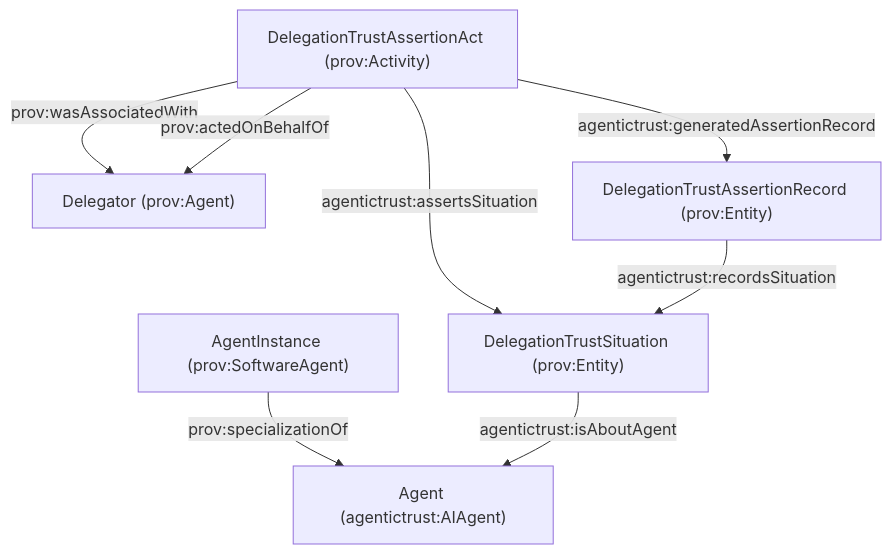
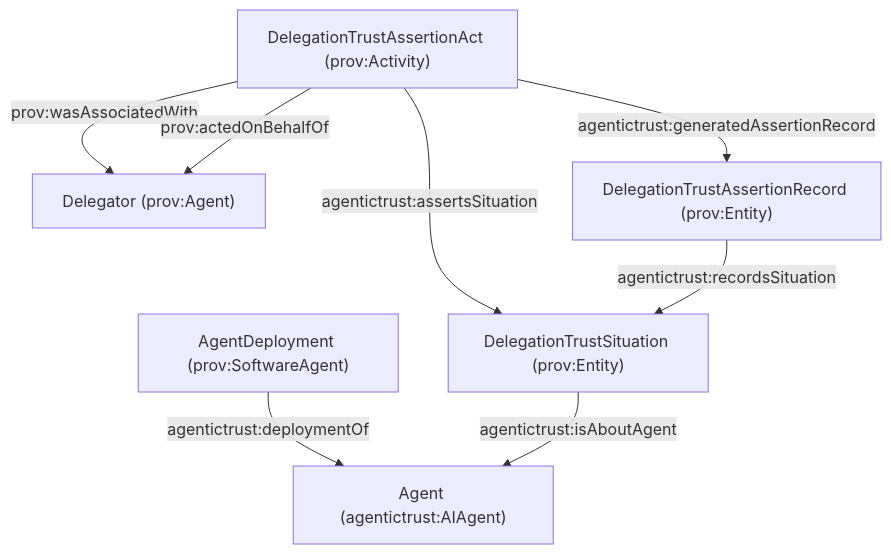
The first of 2 diagrams in docs/ontology/oidc-a.md (Agentic-Trust-Layer/agent-explorer), drawn with Mermaid before and after one commit. The commit also changed other lines of this file and 2 other files, not shown here.

Commit message:
update ontology with deployment concepts

````diff
--- a/docs/ontology/oidc-a.md
+++ b/docs/ontology/oidc-a.md
@@ -91,17 +91,17 @@
 ```mermaid
 graph TB
   Delegator["Delegator (prov:Agent)"]
   Agent["Agent (agentictrust:AIAgent)"]
-  Instance["AgentInstance (prov:SoftwareAgent)"]
+  Deploy["AgentDeployment (prov:SoftwareAgent)"]
   Sit["DelegationTrustSituation (prov:Entity)"]
   Act["DelegationTrustAssertionAct (prov:Activity)"]
   Rec["DelegationTrustAssertionRecord (prov:Entity)"]
 
-  Instance -->|prov:specializationOf| Agent
+  Deploy -->|agentictrust:deploymentOf| Agent
   Act -->|prov:wasAssociatedWith| Delegator
   Act -->|prov:actedOnBehalfOf| Delegator
   Sit -->|agentictrust:isAboutAgent| Agent
   Act -->|agentictrust:assertsSituation| Sit
   Act -->|agentictrust:generatedAssertionRecord| Rec
   Rec -->|agentictrust:recordsSituation| Sit
 ```
````
